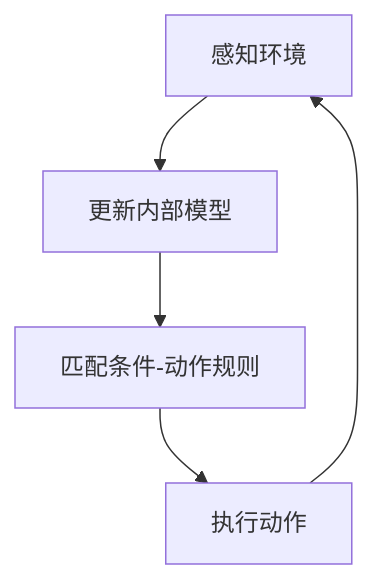
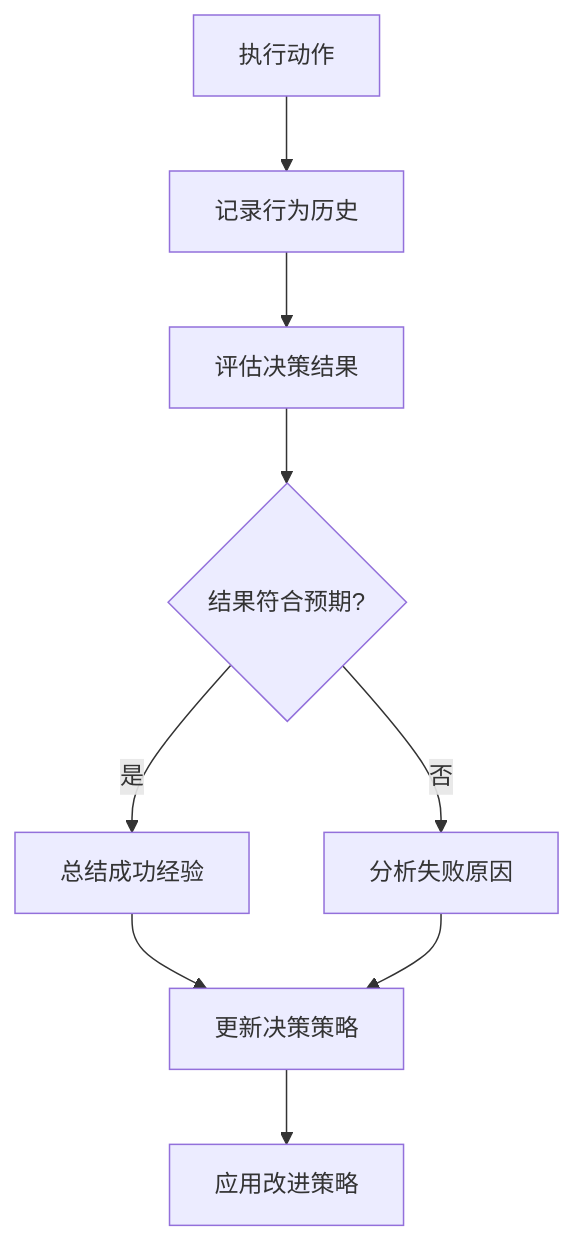
The second of 5 diagrams in docs/md/agent/agent五种设计模式.md (wychmod/wychmod.github.io), drawn with Mermaid before and after one commit. The commit also changed other lines of this file, not shown here.

````diff
--- a/docs/md/agent/agent五种设计模式.md
+++ b/docs/md/agent/agent五种设计模式.md
@@ -41,7 +43,11 @@
 ```mermaid
 flowchart TD
-    A[感知环境] --> B[更新内部模型]
-    B --> C[匹配条件-动作规则]
-    C --> D[执行动作]
-    D --> A
+    A[执行动作] --> B[记录行为历史]
+    B --> C[评估决策结果]
+    C --> D{结果符合预期?}
+    D -->|是| E[总结成功经验]
+    D -->|否| F[分析失败原因]
+    E --> G[更新决策策略]
+    F --> G
+    G --> H[应用改进策略]
 ```
````
